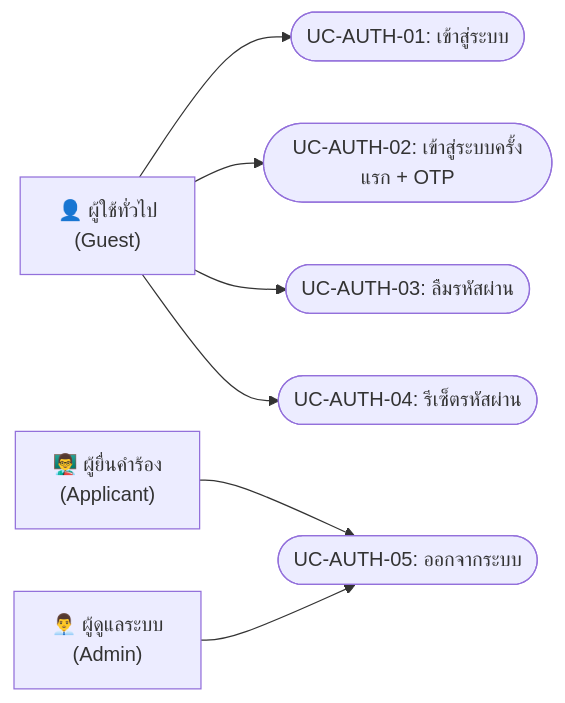
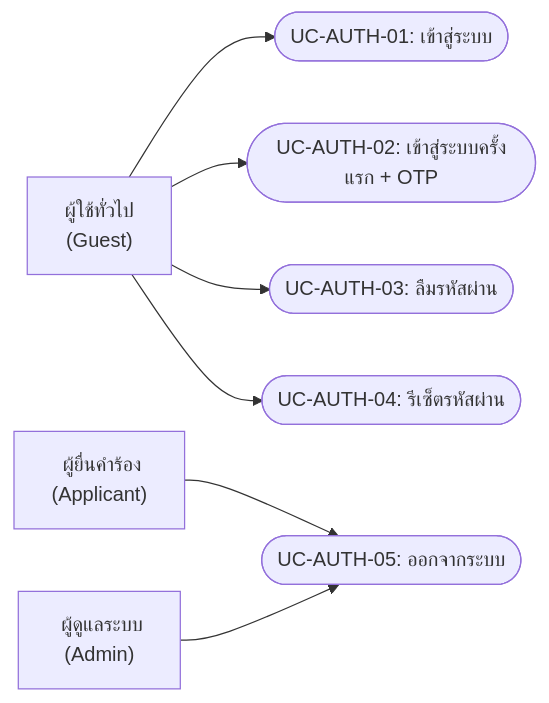
One commit to kriangkraiii/HRCP.KKU changed the first of 4 diagrams in HRCP-KKU-Academic/docs/modules/02-authentication.md. Above: the diagram before and after it, drawn with Mermaid. The commit also changed 69 other files, not shown here.

````diff
--- a/HRCP-KKU-Academic/docs/modules/02-authentication.md
+++ b/HRCP-KKU-Academic/docs/modules/02-authentication.md
@@ -7,19 +7,19 @@
 ```mermaid
 graph LR
-    Guest["👤 ผู้ใช้ทั่วไป<br/>(Guest)"]
-    User["👨‍🏫 ผู้ยื่นคำร้อง<br/>(Applicant)"]
-    Admin["👨‍💼 ผู้ดูแลระบบ<br/>(Admin)"]
+    Guest[" ผู้ใช้ทั่วไป<br/>(Guest)"]
+    User["‍ ผู้ยื่นคำร้อง<br/>(Applicant)"]
+    Admin["‍ ผู้ดูแลระบบ<br/>(Admin)"]
 
     UC1(["UC-AUTH-01: เข้าสู่ระบบ"])
     UC2(["UC-AUTH-02: เข้าสู่ระบบครั้งแรก + OTP"])
     UC3(["UC-AUTH-03: ลืมรหัสผ่าน"])
     UC4(["UC-AUTH-04: รีเซ็ตรหัสผ่าน"])
     UC5(["UC-AUTH-05: ออกจากระบบ"])
 
     Guest --> UC1
     Guest --> UC2
     Guest --> UC3
     Guest --> UC4
     User --> UC5
     Admin --> UC5
 ```
````
